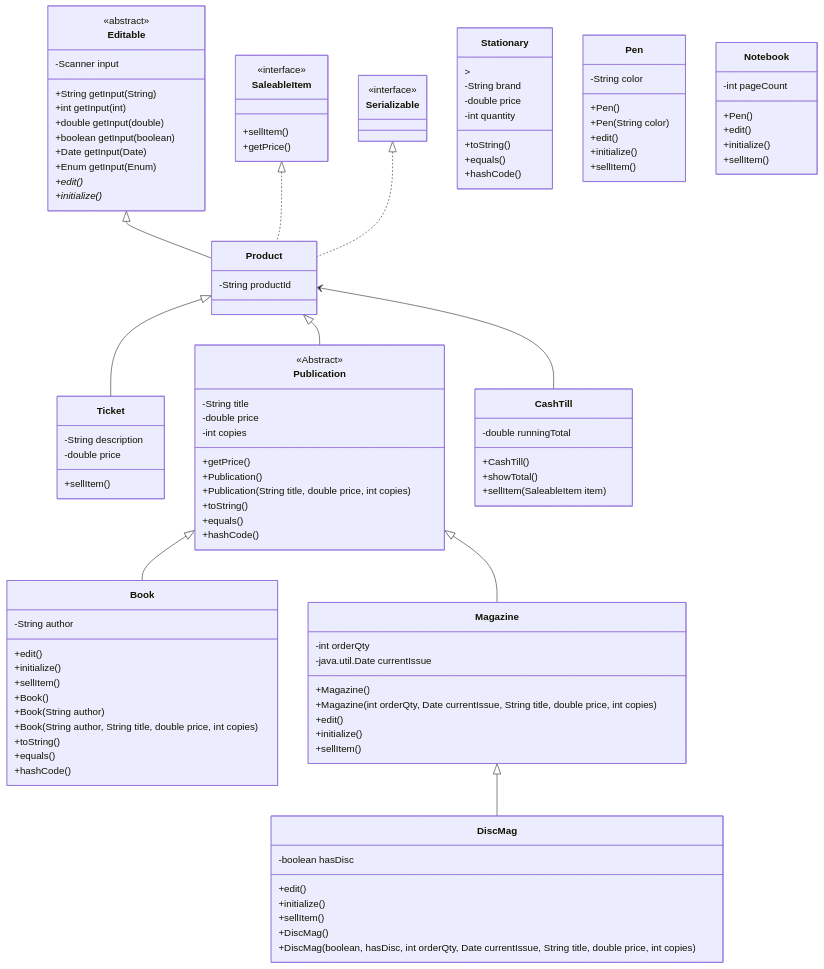
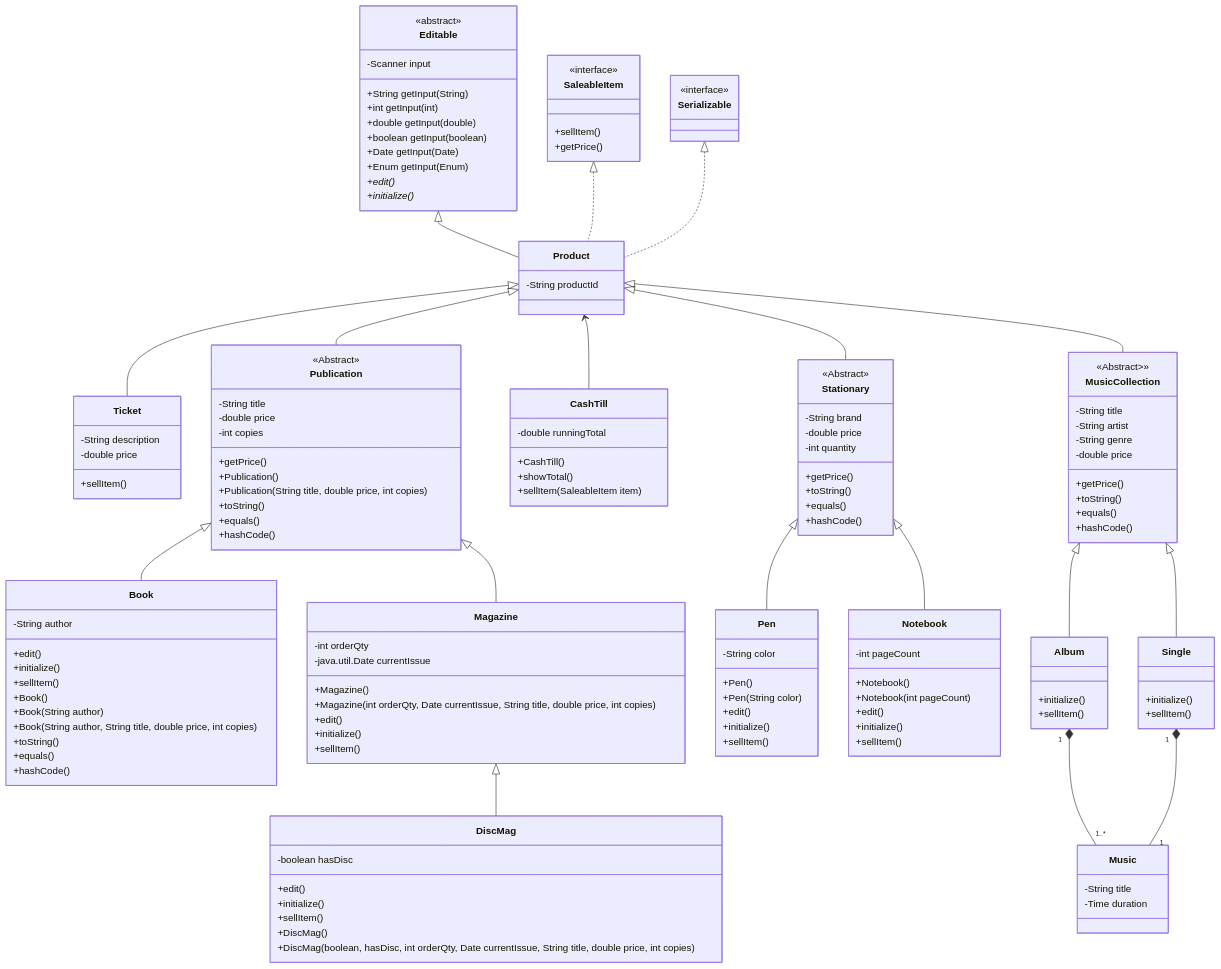
The diagram in documentation/bookstore.f25-2025-11-17-211001.mmd (batista-s/bookstore-csd214-w26-ClaraBatista), drawn with Mermaid before and after one commit. The commit also changed 5 other files, not shown here.

```diff
--- a/documentation/bookstore.f25-2025-11-17-211001.mmd
+++ b/documentation/bookstore.f25-2025-11-17-211001.mmd
@@ -1,132 +1,171 @@
 classDiagram
     Editable <|--Product
     Product <|--Ticket
     Product <|--Publication
     Publication <|-- Book
     Publication <|-- Magazine
     Magazine <|-- DiscMag
     SaleableItem <|.. Product
     Serializable <|.. Product
     Product <-- CashTill
+    Product <|-- Stationary
+    Stationary <|-- Pen
+    Stationary <|-- Notebook
+    Product <|-- MusicCollection
+    MusicCollection <|-- Album
+    MusicCollection <|-- Single
+    Album "1" *-- "1..*" Music
+    Single "1" *-- "1" Music
+
 
     class Product{
         -String productId
     }
 
     class Serializable{
         <<interface>>
     }
     class Ticket{
         -String description
         -double price
         +sellItem()
     }
     class Editable{
         <<abstract>>
         -Scanner input
         +String getInput(String)
         +int getInput(int)
         +double getInput(double)
         +boolean getInput(boolean)
         +Date getInput(Date)
         +Enum getInput(Enum)
         +edit()*
         +initialize()*
 
     }
     class Publication{
         <<Abstract>>
         -String title
         -double price
         -int copies
         +getPrice()
 
         +Publication()
         +Publication(String title, double price, int copies)
         +toString()
         +equals()
         +hashCode()
 
     }
     class Book{
         -String author
         +edit()
         +initialize()
         +sellItem()
 
         +Book()
         +Book(String author)
         +Book(String author, String title, double price, int copies)
         +toString()
         +equals()
         +hashCode()
 
     }
     class Magazine{
         -int orderQty
         -java.util.Date currentIssue
 
         +Magazine()
         +Magazine(int orderQty, Date currentIssue, String title, double price, int copies)
 
         +edit()
         +initialize()
         +sellItem()
     }
     class DiscMag{
         -boolean hasDisc
         +edit()
         +initialize()
         +sellItem()
 
         +DiscMag()
         +DiscMag(boolean, hasDisc, int orderQty, Date currentIssue, String title, double price, int copies)
 
     }
     class CashTill{
         -double runningTotal
         +CashTill()
         +showTotal()
         +sellItem(SaleableItem item)
     }
     class SaleableItem {
         <<interface>>
         +sellItem()
         +getPrice()
-
     }
 
     %% Directed Task
 
     class Stationary {
-        <Abstract>>
+        <<Abstract>>
         -String brand
         -double price
         -int quantity
 
+        +getPrice()
         +toString()
         +equals()
         +hashCode()
     }
 
     class Pen {
         -String color
 
         +Pen()
         +Pen(String color)
         +edit()
         +initialize()
         +sellItem()
     }
 
     class Notebook {
         -int pageCount
 
-        +Pen()
+        +Notebook()
+        +Notebook(int pageCount)
         +edit()
         +initialize()
         +sellItem()
     }
 
     %% Initiative Task
-    %% My idea: sell digital music
+    %% My idea: sell music in digital format
+
+    %% I decided to set cover as a string so it can store an image link
+    class MusicCollection{
+        <<Abstract>>>
+        -String title
+        -String artist
+        -String genre
+        -double price
+
+        +getPrice()
+        +toString()
+        +equals()
+        +hashCode()
+    }
+
+    class Album {
+        +initialize()
+        +sellItem()
+    }
+
+    class Single {
+        +initialize()
+        +sellItem()
+    }
+
+    class Music {
+        -String title
+        -Time duration
+    }
```
